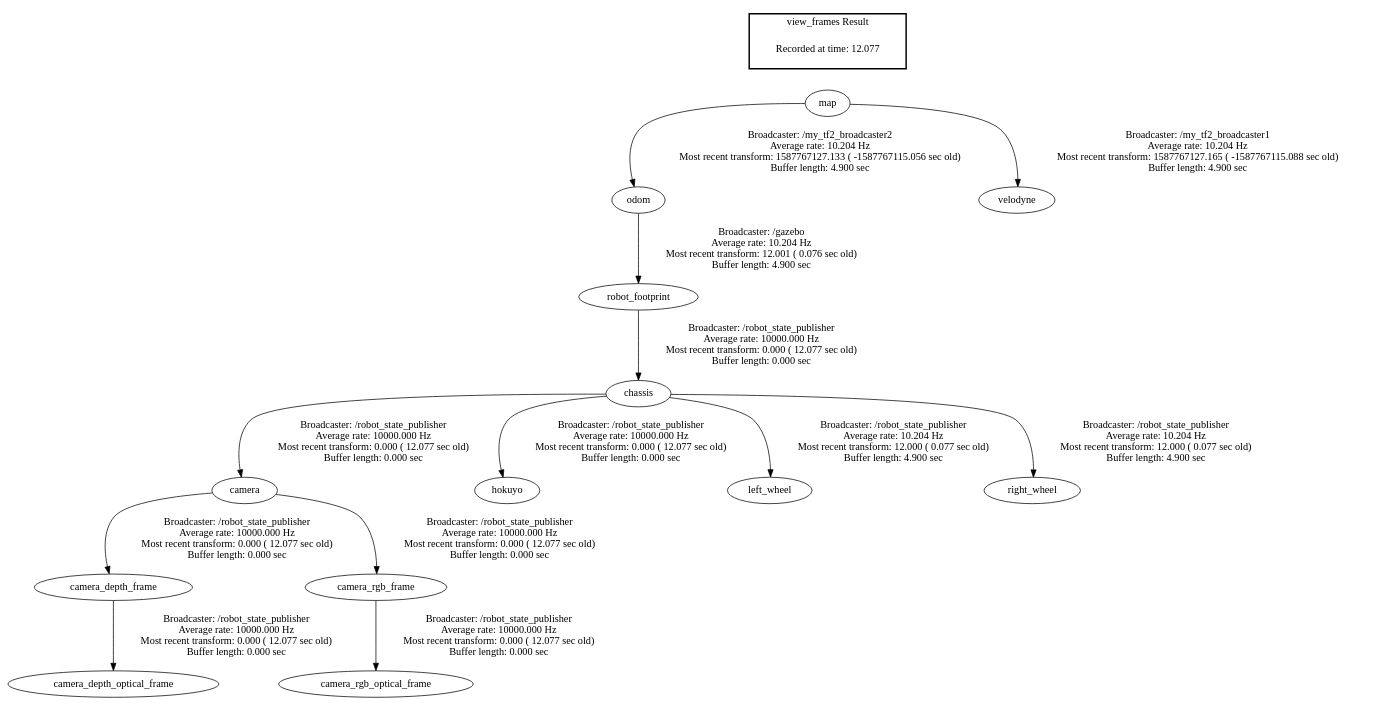
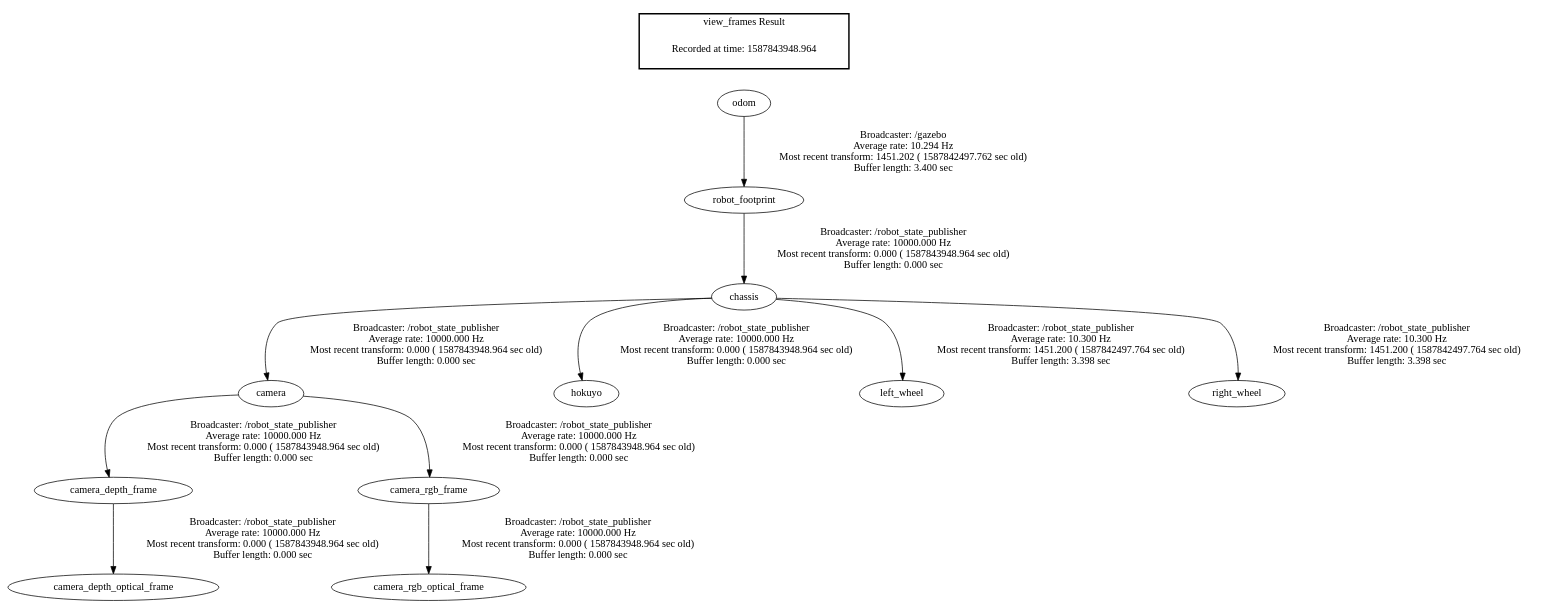
Before and after one commit to Shubham-Sahoo/3D-Map-Merge: the diagram in frames.gv, drawn with Graphviz. The commit also changed 62 other files, not shown here.

```diff
--- a/frames.gv
+++ b/frames.gv
@@ -1,18 +1,16 @@
 digraph G {
-"chassis" -> "camera"[label="Broadcaster: /robot_state_publisher\nAverage rate: 10000.000 Hz\nMost recent transform: 0.000 ( 12.077 sec old)\nBuffer length: 0.000 sec\n"];
-"robot_footprint" -> "chassis"[label="Broadcaster: /robot_state_publisher\nAverage rate: 10000.000 Hz\nMost recent transform: 0.000 ( 12.077 sec old)\nBuffer length: 0.000 sec\n"];
-"camera" -> "camera_depth_frame"[label="Broadcaster: /robot_state_publisher\nAverage rate: 10000.000 Hz\nMost recent transform: 0.000 ( 12.077 sec old)\nBuffer length: 0.000 sec\n"];
-"camera_depth_frame" -> "camera_depth_optical_frame"[label="Broadcaster: /robot_state_publisher\nAverage rate: 10000.000 Hz\nMost recent transform: 0.000 ( 12.077 sec old)\nBuffer length: 0.000 sec\n"];
-"camera" -> "camera_rgb_frame"[label="Broadcaster: /robot_state_publisher\nAverage rate: 10000.000 Hz\nMost recent transform: 0.000 ( 12.077 sec old)\nBuffer length: 0.000 sec\n"];
-"camera_rgb_frame" -> "camera_rgb_optical_frame"[label="Broadcaster: /robot_state_publisher\nAverage rate: 10000.000 Hz\nMost recent transform: 0.000 ( 12.077 sec old)\nBuffer length: 0.000 sec\n"];
-"chassis" -> "hokuyo"[label="Broadcaster: /robot_state_publisher\nAverage rate: 10000.000 Hz\nMost recent transform: 0.000 ( 12.077 sec old)\nBuffer length: 0.000 sec\n"];
-"odom" -> "robot_footprint"[label="Broadcaster: /gazebo\nAverage rate: 10.204 Hz\nMost recent transform: 12.001 ( 0.076 sec old)\nBuffer length: 4.900 sec\n"];
-"chassis" -> "left_wheel"[label="Broadcaster: /robot_state_publisher\nAverage rate: 10.204 Hz\nMost recent transform: 12.000 ( 0.077 sec old)\nBuffer length: 4.900 sec\n"];
-"chassis" -> "right_wheel"[label="Broadcaster: /robot_state_publisher\nAverage rate: 10.204 Hz\nMost recent transform: 12.000 ( 0.077 sec old)\nBuffer length: 4.900 sec\n"];
-"map" -> "odom"[label="Broadcaster: /my_tf2_broadcaster2\nAverage rate: 10.204 Hz\nMost recent transform: 1587767127.133 ( -1587767115.056 sec old)\nBuffer length: 4.900 sec\n"];
-"map" -> "velodyne"[label="Broadcaster: /my_tf2_broadcaster1\nAverage rate: 10.204 Hz\nMost recent transform: 1587767127.165 ( -1587767115.088 sec old)\nBuffer length: 4.900 sec\n"];
+"chassis" -> "camera"[label="Broadcaster: /robot_state_publisher\nAverage rate: 10000.000 Hz\nMost recent transform: 0.000 ( 1587843948.964 sec old)\nBuffer length: 0.000 sec\n"];
+"robot_footprint" -> "chassis"[label="Broadcaster: /robot_state_publisher\nAverage rate: 10000.000 Hz\nMost recent transform: 0.000 ( 1587843948.964 sec old)\nBuffer length: 0.000 sec\n"];
+"camera" -> "camera_depth_frame"[label="Broadcaster: /robot_state_publisher\nAverage rate: 10000.000 Hz\nMost recent transform: 0.000 ( 1587843948.964 sec old)\nBuffer length: 0.000 sec\n"];
+"camera_depth_frame" -> "camera_depth_optical_frame"[label="Broadcaster: /robot_state_publisher\nAverage rate: 10000.000 Hz\nMost recent transform: 0.000 ( 1587843948.964 sec old)\nBuffer length: 0.000 sec\n"];
+"camera" -> "camera_rgb_frame"[label="Broadcaster: /robot_state_publisher\nAverage rate: 10000.000 Hz\nMost recent transform: 0.000 ( 1587843948.964 sec old)\nBuffer length: 0.000 sec\n"];
+"camera_rgb_frame" -> "camera_rgb_optical_frame"[label="Broadcaster: /robot_state_publisher\nAverage rate: 10000.000 Hz\nMost recent transform: 0.000 ( 1587843948.964 sec old)\nBuffer length: 0.000 sec\n"];
+"chassis" -> "hokuyo"[label="Broadcaster: /robot_state_publisher\nAverage rate: 10000.000 Hz\nMost recent transform: 0.000 ( 1587843948.964 sec old)\nBuffer length: 0.000 sec\n"];
+"odom" -> "robot_footprint"[label="Broadcaster: /gazebo\nAverage rate: 10.294 Hz\nMost recent transform: 1451.202 ( 1587842497.762 sec old)\nBuffer length: 3.400 sec\n"];
+"chassis" -> "left_wheel"[label="Broadcaster: /robot_state_publisher\nAverage rate: 10.300 Hz\nMost recent transform: 1451.200 ( 1587842497.764 sec old)\nBuffer length: 3.398 sec\n"];
+"chassis" -> "right_wheel"[label="Broadcaster: /robot_state_publisher\nAverage rate: 10.300 Hz\nMost recent transform: 1451.200 ( 1587842497.764 sec old)\nBuffer length: 3.398 sec\n"];
 edge [style=invis];
  subgraph cluster_legend { style=bold; color=black; label ="view_frames Result";
-"Recorded at time: 12.077"[ shape=plaintext ] ;
- }->"map";
+"Recorded at time: 1587843948.964"[ shape=plaintext ] ;
+ }->"odom";
 }
```
